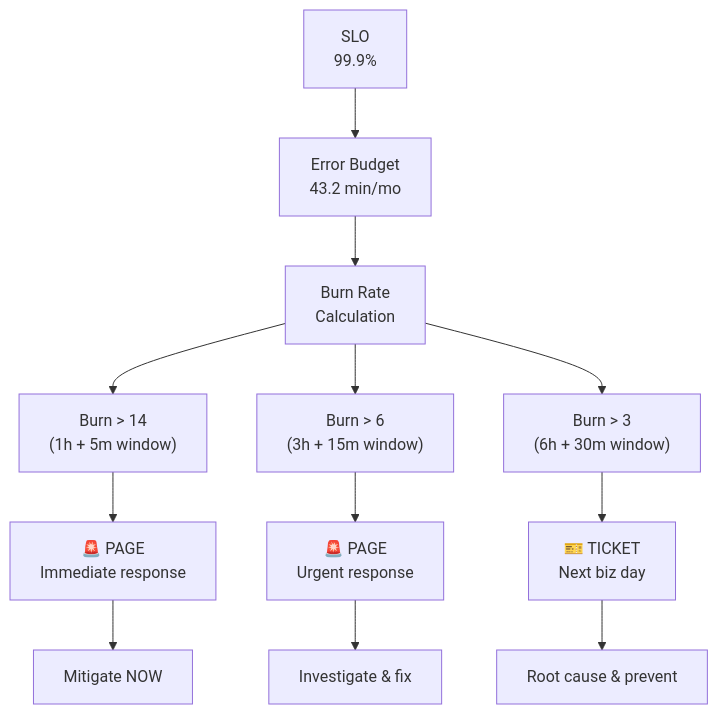
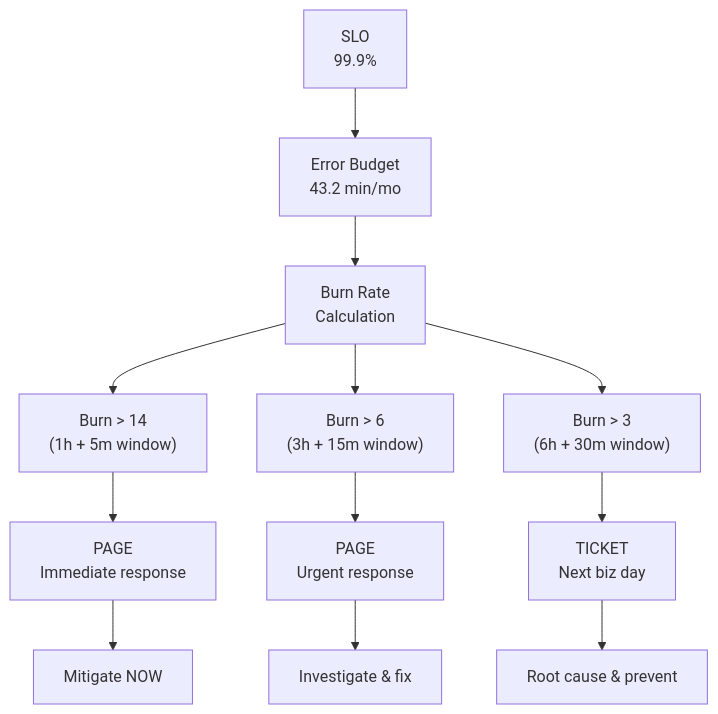
One commit to krisztiankoos/kubedojo changed the seventh of 8 diagrams in src/content/docs/platform/foundations/reliability-engineering/module-2.5-slos-slis-error-budgets.md. Above: the diagram before and after it, drawn with Mermaid. The commit also changed other lines of this file, not shown here.

````diff
--- a/src/content/docs/platform/foundations/reliability-engineering/module-2.5-slos-slis-error-budgets.md
+++ b/src/content/docs/platform/foundations/reliability-engineering/module-2.5-slos-slis-error-budgets.md
@@ -405,17 +407,17 @@
 ```mermaid
 flowchart TD
     SLO["SLO\n99.9%"] --> EB["Error Budget\n43.2 min/mo"]
     EB --> Calc["Burn Rate\nCalculation"]
     
     Calc --> Fast["Burn > 14\n(1h + 5m window)"]
     Calc --> Med["Burn > 6\n(3h + 15m window)"]
     Calc --> Slow["Burn > 3\n(6h + 30m window)"]
     
-    Fast --> Page1["🚨 PAGE\nImmediate response"]
-    Med --> Page2["🚨 PAGE\nUrgent response"]
-    Slow --> Ticket["🎫 TICKET\nNext biz day"]
+    Fast --> Page1["PAGE\nImmediate response"]
+    Med --> Page2["PAGE\nUrgent response"]
+    Slow --> Ticket["TICKET\nNext biz day"]
     
     Page1 --> Mitigate["Mitigate NOW"]
     Page2 --> Investigate["Investigate & fix"]
     Ticket --> RCA["Root cause & prevent"]
 ```
````
